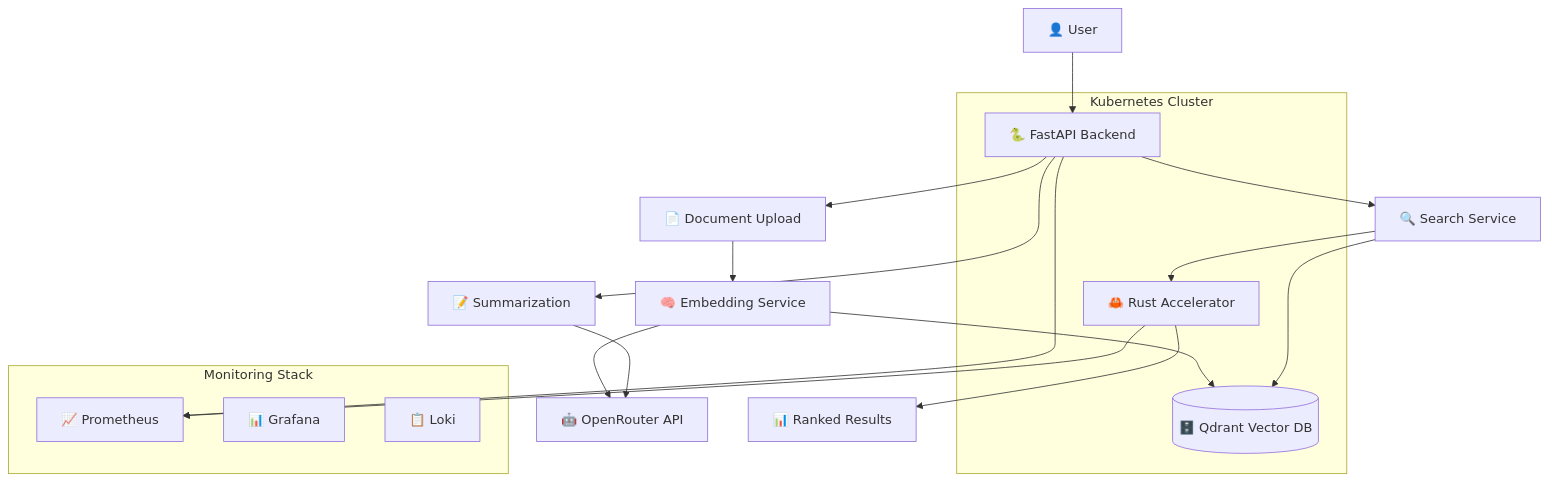
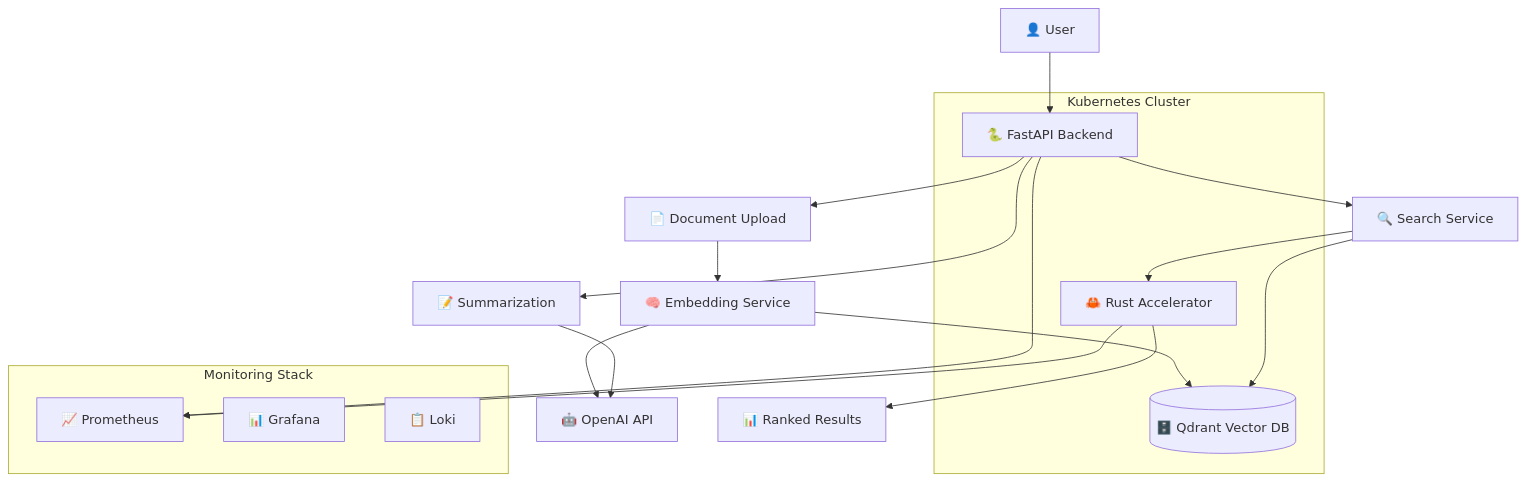
One commit to mdombrov-33/qdrant-ai-search changed the first of 2 diagrams in README.md. Above: the diagram before and after it, drawn with Mermaid. The commit also changed other lines of this file and 5 other files, not shown here.

Commit message:
fix(openai): replace OpenRouter with OpenAI to gain access to embedded models (not available via OpenRouter)

````diff
--- a/README.md
+++ b/README.md
@@ -70,36 +80,36 @@
 ```mermaid
 graph TB
     User[👤 User] --> API[🐍 FastAPI Backend]
-    
+
     API --> Upload[📄 Document Upload]
     API --> Search[🔍 Search Service]
     API --> Summarize[📝 Summarization]
-    
+
     Upload --> Embed[🧠 Embedding Service]
-    Embed --> OpenRouter[🤖 OpenRouter API]
+    Embed --> OpenAI[🤖 OpenAI API]
     Embed --> Qdrant[(🗄️ Qdrant Vector DB)]
-    
+
     Search --> Qdrant
     Search --> Rust[🦀 Rust Accelerator]
     Rust --> Results[📊 Ranked Results]
-    
-    Summarize --> OpenRouter
-    
+
+    Summarize --> OpenAI
+
     subgraph "Monitoring Stack"
         Prometheus[📈 Prometheus]
         Grafana[📊 Grafana]
         Loki[📋 Loki]
     end
-    
+
     API --> Prometheus
     Rust --> Prometheus
-    
+
     subgraph "Kubernetes Cluster"
         API
         Rust
         Qdrant
         Prometheus
         Grafana
         Loki
     end
 ```
````
